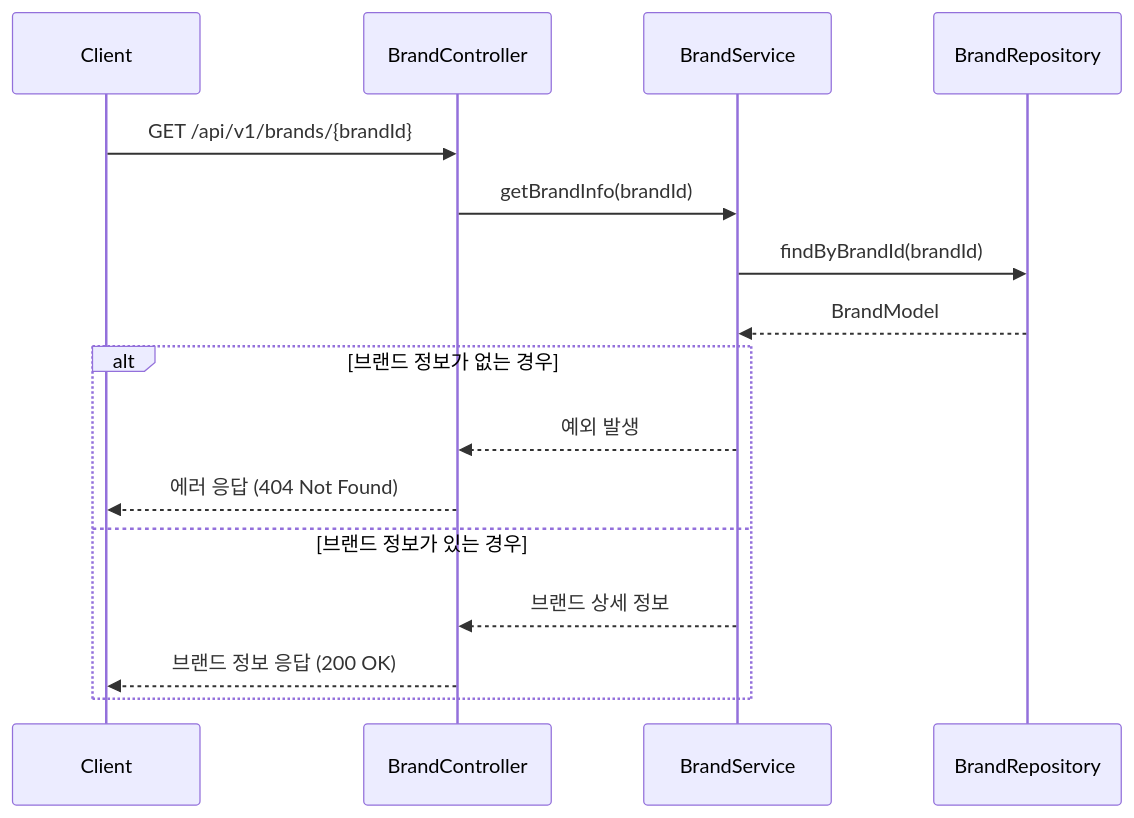
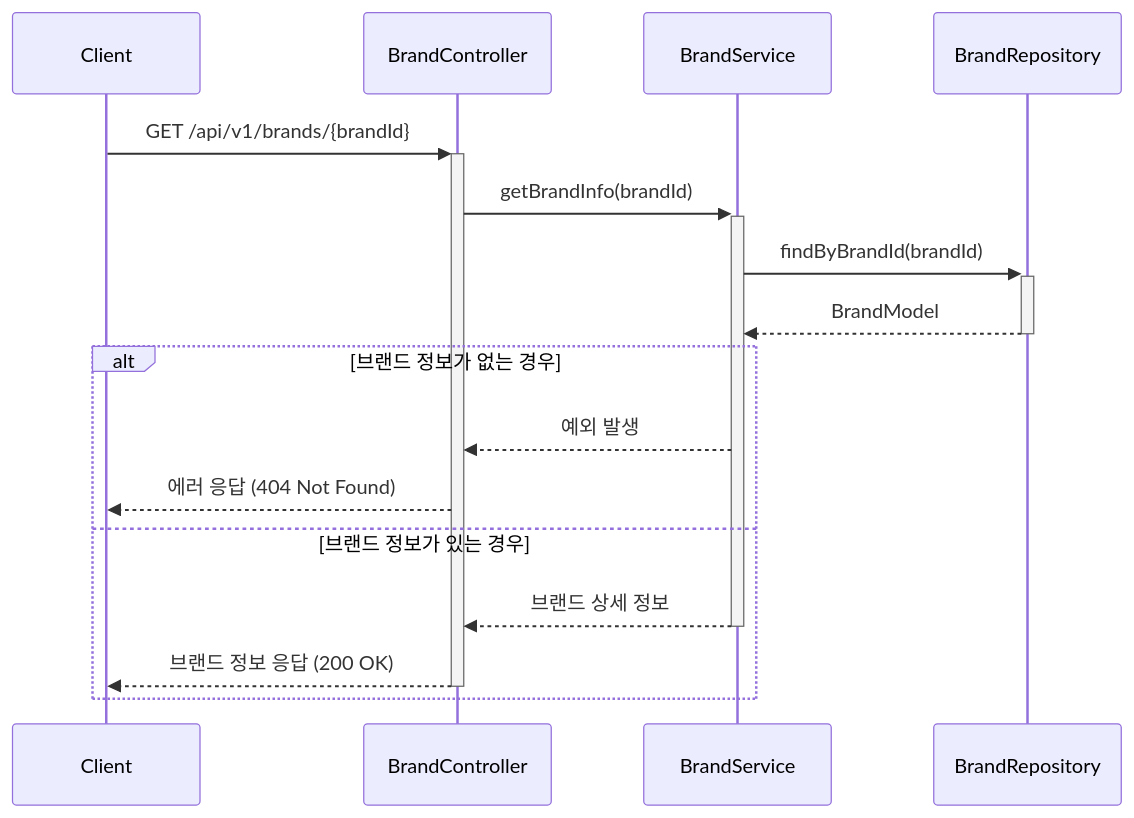
Before and after one commit to Loopers-dev-lab/loop-pack-be-l2-vol3-kotlin: the first of 21 diagrams in .docs/design/02-sequence-diagrams.md, drawn with Mermaid. The commit also changed other lines of this file, not shown here.

Commit message:
docs: 시퀀스 다이어그램 activation bar 추가

````diff
--- a/.docs/design/02-sequence-diagrams.md
+++ b/.docs/design/02-sequence-diagrams.md
@@ -11,20 +11,20 @@
 ```mermaid
 sequenceDiagram
     participant Client
     participant BrandController
     participant BrandService
     participant BrandRepository
 
-    Client ->> BrandController: GET /api/v1/brands/{brandId}
-    BrandController ->> BrandService: getBrandInfo(brandId)
-    BrandService ->> BrandRepository: findByBrandId(brandId)
-    BrandRepository -->> BrandService: BrandModel
+    Client ->>+ BrandController: GET /api/v1/brands/{brandId}
+    BrandController ->>+ BrandService: getBrandInfo(brandId)
+    BrandService ->>+ BrandRepository: findByBrandId(brandId)
+    BrandRepository -->>- BrandService: BrandModel
 
     alt 브랜드 정보가 없는 경우
         BrandService -->> BrandController: 예외 발생
         BrandController -->> Client: 에러 응답 (404 Not Found)
     else 브랜드 정보가 있는 경우
-        BrandService -->> BrandController: 브랜드 상세 정보
-        BrandController -->> Client: 브랜드 정보 응답 (200 OK)
+        BrandService -->>- BrandController: 브랜드 상세 정보
+        BrandController -->>- Client: 브랜드 정보 응답 (200 OK)
     end
 ```
````
